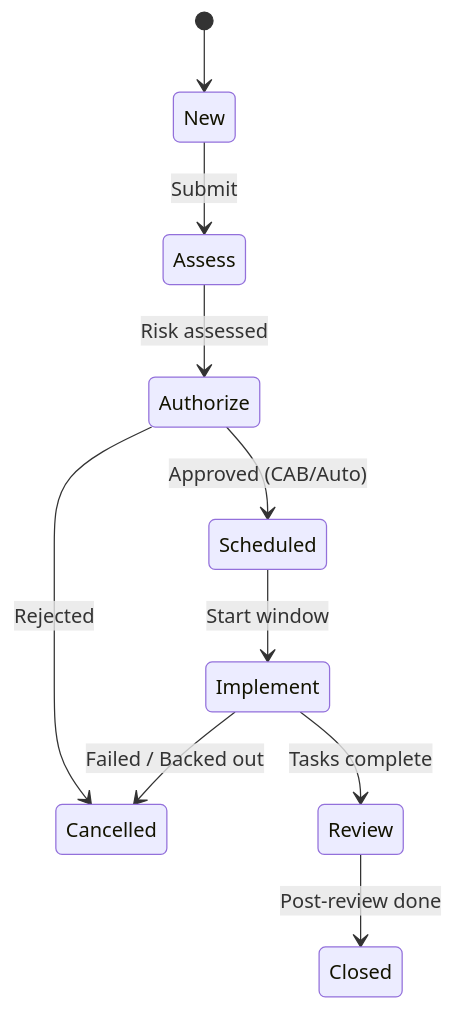
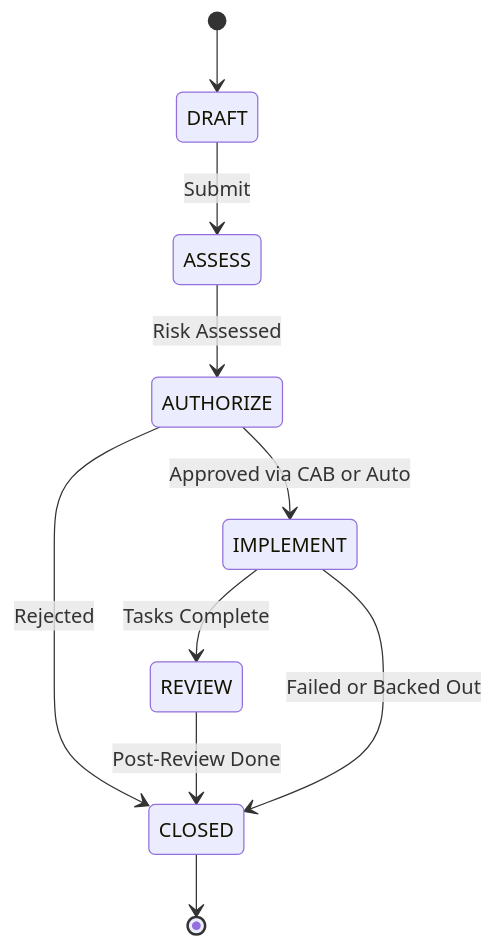
Before and after one commit to Gokhanagingil/grc: the third of 7 diagrams in docs/suite/03_ITSM.md, drawn with Mermaid. The commit also changed other lines of this file, not shown here.

````diff
--- a/docs/suite/03_ITSM.md
+++ b/docs/suite/03_ITSM.md
@@ -169,12 +340,12 @@
 ```mermaid
 stateDiagram-v2
-    [*] --> New
-    New --> Assess: Submit
-    Assess --> Authorize: Risk assessed
-    Authorize --> Scheduled: Approved (CAB/Auto)
-    Authorize --> Cancelled: Rejected
-    Scheduled --> Implement: Start window
-    Implement --> Review: Tasks complete
-    Review --> Closed: Post-review done
-    Implement --> Cancelled: Failed / Backed out
+    [*] --> DRAFT
+    DRAFT --> ASSESS : Submit
+    ASSESS --> AUTHORIZE : Risk Assessed
+    AUTHORIZE --> IMPLEMENT : Approved via CAB or Auto
+    AUTHORIZE --> CLOSED : Rejected
+    IMPLEMENT --> REVIEW : Tasks Complete
+    REVIEW --> CLOSED : Post-Review Done
+    IMPLEMENT --> CLOSED : Failed or Backed Out
+    CLOSED --> [*]
 ```
````
